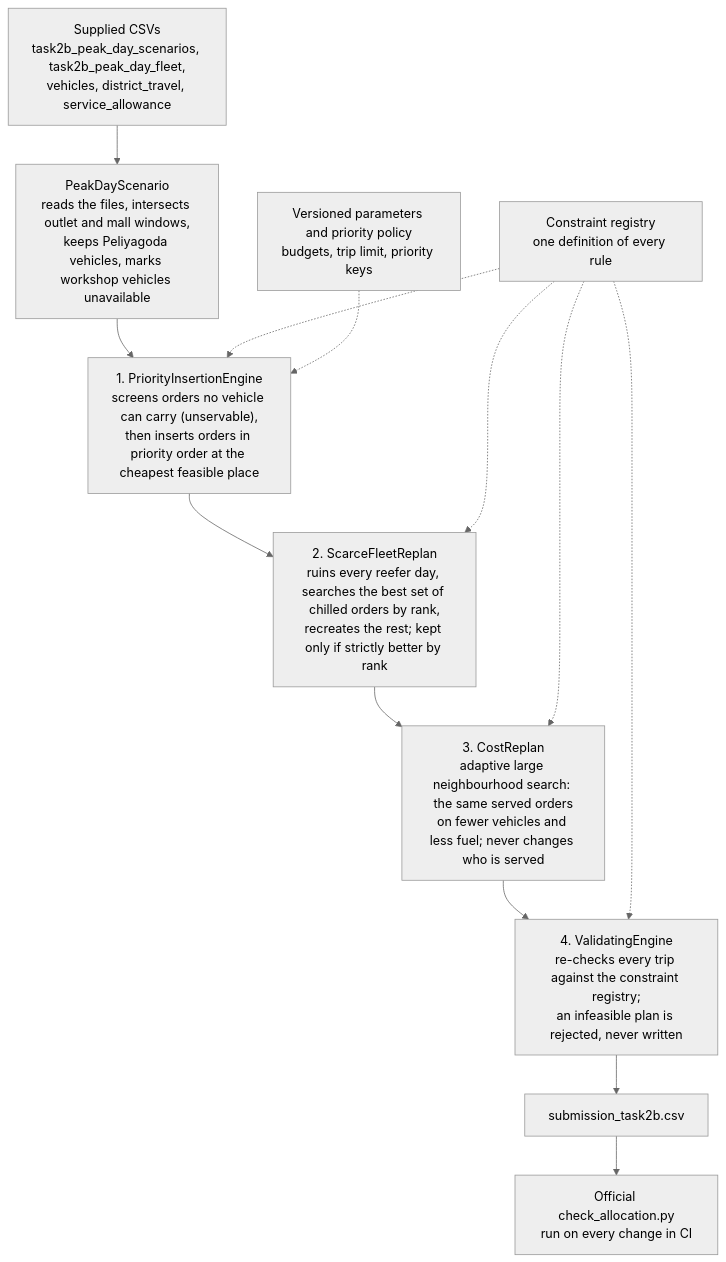
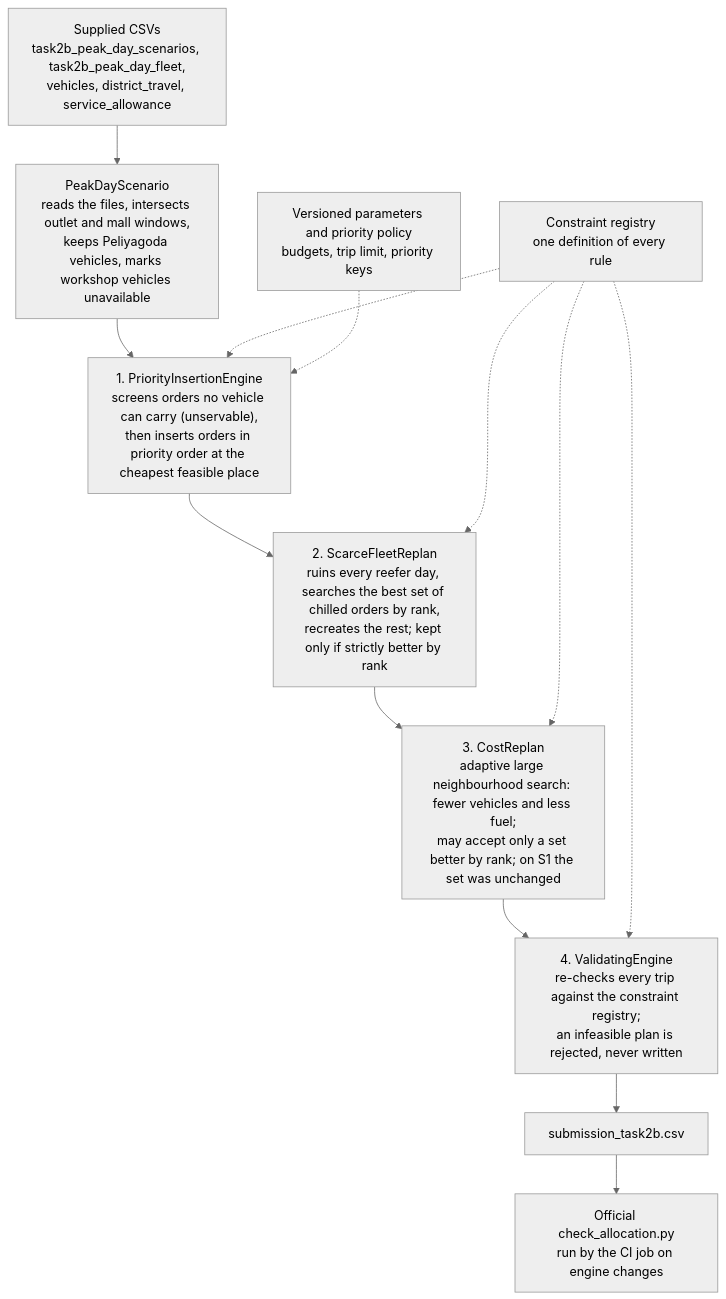
The diagram in docs/datathon/TASK-2B-POLICY.md (Dinusha-Ekanayake/Xception-WaypointGo), drawn with Mermaid (neutral theme) before and after one commit. The commit also changed other lines of this file and 1 other file, not shown here.

Commit message:
docs: Task 2B claims measured with controlled comparisons; the extra rules cost nothing on S1

````diff
--- a/docs/datathon/TASK-2B-POLICY.md
+++ b/docs/datathon/TASK-2B-POLICY.md
@@ -102,15 +101,15 @@
 ```mermaid
 flowchart TD
   A["Supplied CSVs<br/>task2b_peak_day_scenarios, task2b_peak_day_fleet,<br/>vehicles, district_travel, service_allowance"] --> B["PeakDayScenario<br/>reads the files, intersects outlet and mall windows,<br/>keeps Peliyagoda vehicles, marks workshop vehicles unavailable"]
   B --> C["1. PriorityInsertionEngine<br/>screens orders no vehicle can carry (unservable),<br/>then inserts orders in priority order at the cheapest feasible place"]
   C --> D["2. ScarceFleetReplan<br/>ruins every reefer day, searches the best set of chilled orders by rank,<br/>recreates the rest; kept only if strictly better by rank"]
-  D --> E["3. CostReplan<br/>adaptive large neighbourhood search: the same served orders<br/>on fewer vehicles and less fuel; never changes who is served"]
+  D --> E["3. CostReplan<br/>adaptive large neighbourhood search: fewer vehicles and less fuel;<br/>may accept only a set better by rank; on S1 the set was unchanged"]
   E --> F["4. ValidatingEngine<br/>re-checks every trip against the constraint registry;<br/>an infeasible plan is rejected, never written"]
   F --> G["submission_task2b.csv"]
-  G --> H["Official check_allocation.py<br/>run on every change in CI"]
+  G --> H["Official check_allocation.py<br/>run by the CI job on engine changes"]
   R["Constraint registry<br/>one definition of every rule"] -.-> C
   R -.-> D
   R -.-> E
   R -.-> F
   P["Versioned parameters and priority policy<br/>budgets, trip limit, priority keys"] -.-> C
 ```
````
